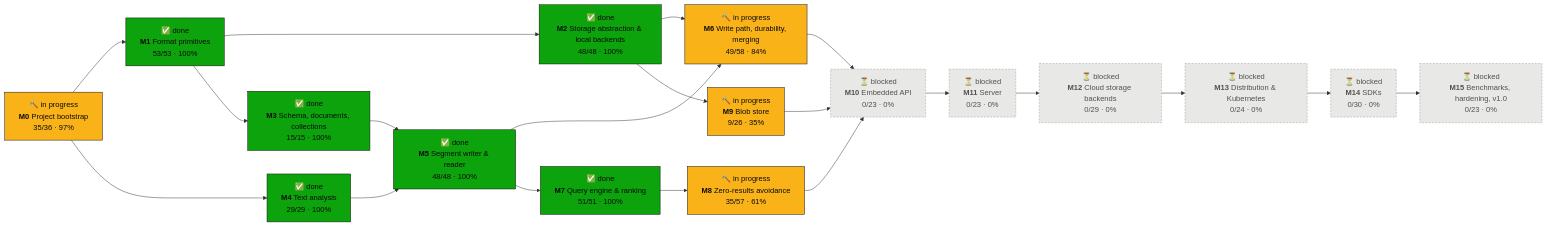
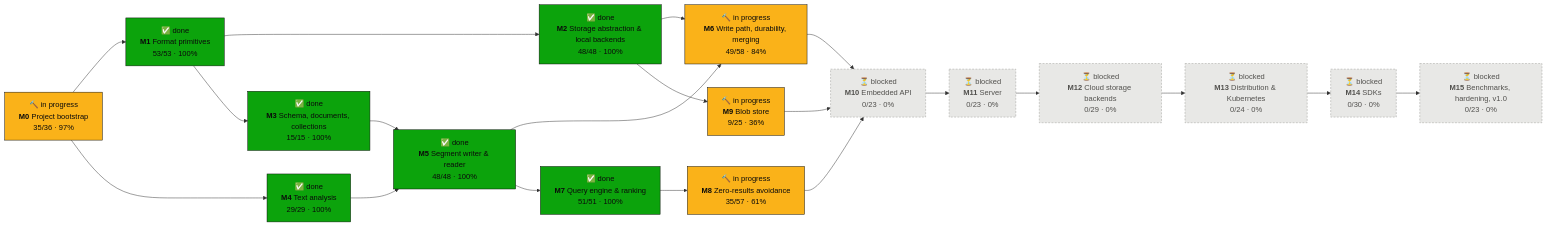
Before and after one commit to tomiok/persiaDB: the first of 2 diagrams in PROGRESS.md, drawn with Mermaid. The commit also changed other lines of this file and 20 other files, not shown here.

First line of the commit message:
fix(blob): address the PR review; Miri skips for the new lib tests (ROADMAP 9.3, 9.5.5)

````diff
--- a/PROGRESS.md
+++ b/PROGRESS.md
@@ -16,42 +16,42 @@
 ```mermaid
 flowchart LR
   M0["🔨 in progress<br/><b>M0</b> Project bootstrap<br/>35/36 · 97%"]:::doing
   M1["✅ done<br/><b>M1</b> Format primitives<br/>53/53 · 100%"]:::done
   M2["✅ done<br/><b>M2</b> Storage abstraction & local backends<br/>48/48 · 100%"]:::done
   M3["✅ done<br/><b>M3</b> Schema, documents, collections<br/>15/15 · 100%"]:::done
   M4["✅ done<br/><b>M4</b> Text analysis<br/>29/29 · 100%"]:::done
   M5["✅ done<br/><b>M5</b> Segment writer & reader<br/>48/48 · 100%"]:::done
   M6["🔨 in progress<br/><b>M6</b> Write path, durability, merging<br/>49/58 · 84%"]:::doing
   M7["✅ done<br/><b>M7</b> Query engine & ranking<br/>51/51 · 100%"]:::done
   M8["🔨 in progress<br/><b>M8</b> Zero-results avoidance<br/>35/57 · 61%"]:::doing
-  M9["🔨 in progress<br/><b>M9</b> Blob store<br/>9/26 · 35%"]:::doing
+  M9["🔨 in progress<br/><b>M9</b> Blob store<br/>9/25 · 36%"]:::doing
   M10["⏳ blocked<br/><b>M10</b> Embedded API<br/>0/23 · 0%"]:::blocked
   M11["⏳ blocked<br/><b>M11</b> Server<br/>0/23 · 0%"]:::blocked
   M12["⏳ blocked<br/><b>M12</b> Cloud storage backends<br/>0/29 · 0%"]:::blocked
   M13["⏳ blocked<br/><b>M13</b> Distribution & Kubernetes<br/>0/24 · 0%"]:::blocked
   M14["⏳ blocked<br/><b>M14</b> SDKs<br/>0/30 · 0%"]:::blocked
   M15["⏳ blocked<br/><b>M15</b> Benchmarks, hardening, v1.0<br/>0/23 · 0%"]:::blocked
   M0 --> M1
   M1 --> M2
   M1 --> M3
   M0 --> M4
   M3 --> M5
   M4 --> M5
   M2 --> M6
   M5 --> M6
   M5 --> M7
   M7 --> M8
   M2 --> M9
   M6 --> M10
   M8 --> M10
   M9 --> M10
   M10 --> M11
   M11 --> M12
   M12 --> M13
   M13 --> M14
   M14 --> M15
   classDef done fill:#0ca30c,stroke:#0b0b0b,color:#0b0b0b
   classDef doing fill:#fab219,stroke:#0b0b0b,color:#0b0b0b
   classDef ready fill:#fcfcfb,stroke:#0b0b0b,stroke-width:2px,color:#0b0b0b
   classDef blocked fill:#e8e8e6,stroke:#9a9a96,stroke-dasharray:4 3,color:#52514e
 ```
````
